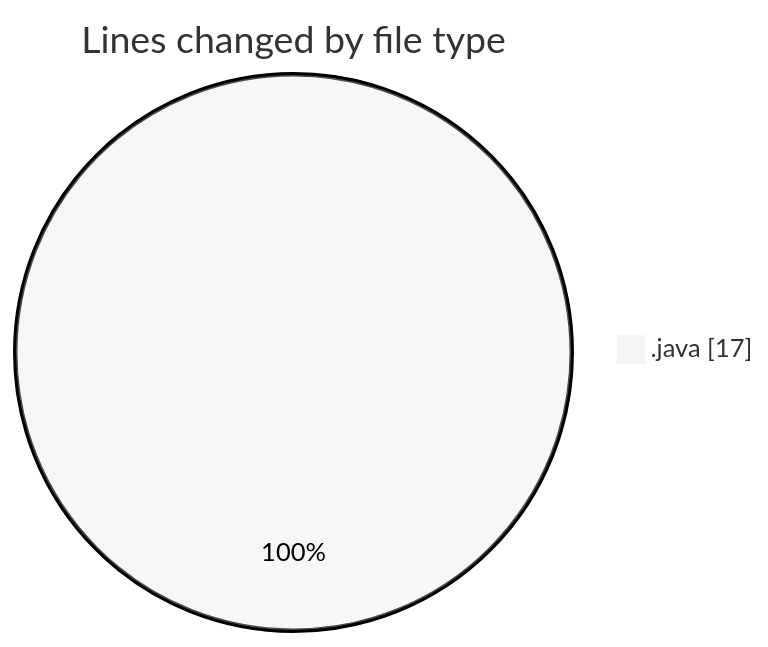
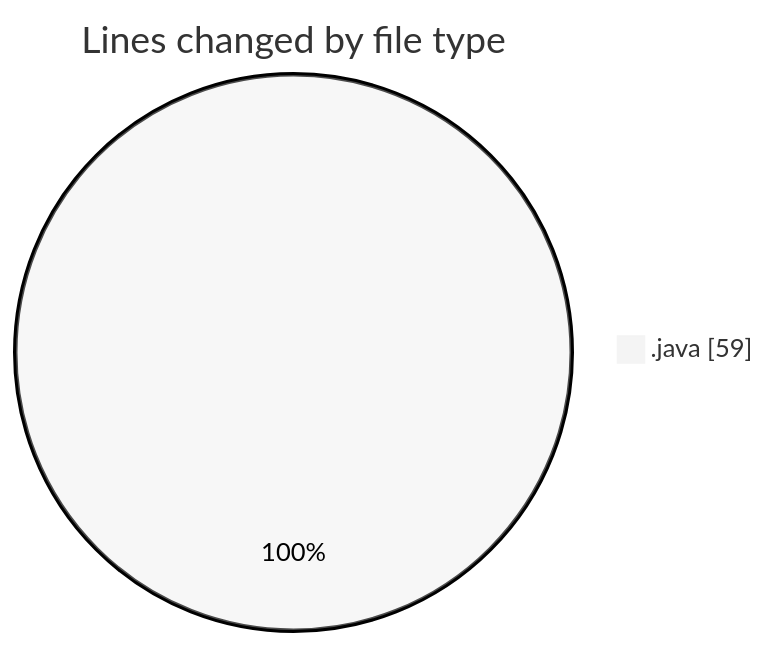
The first of 2 diagrams in 2025-05-27/minisocialnetwork/README.md (NitaiMahat/code-tracking), drawn with Mermaid (neutral theme) before and after one commit. The commit also changed other lines of this file and 1 other file, not shown here.

````diff
--- a/2025-05-27/minisocialnetwork/README.md
+++ b/2025-05-27/minisocialnetwork/README.md
@@ -23,5 +25,5 @@
 ```mermaid
 pie showData
 title Lines changed by file type
-".java" : 17
+".java" : 59
 ```
````
